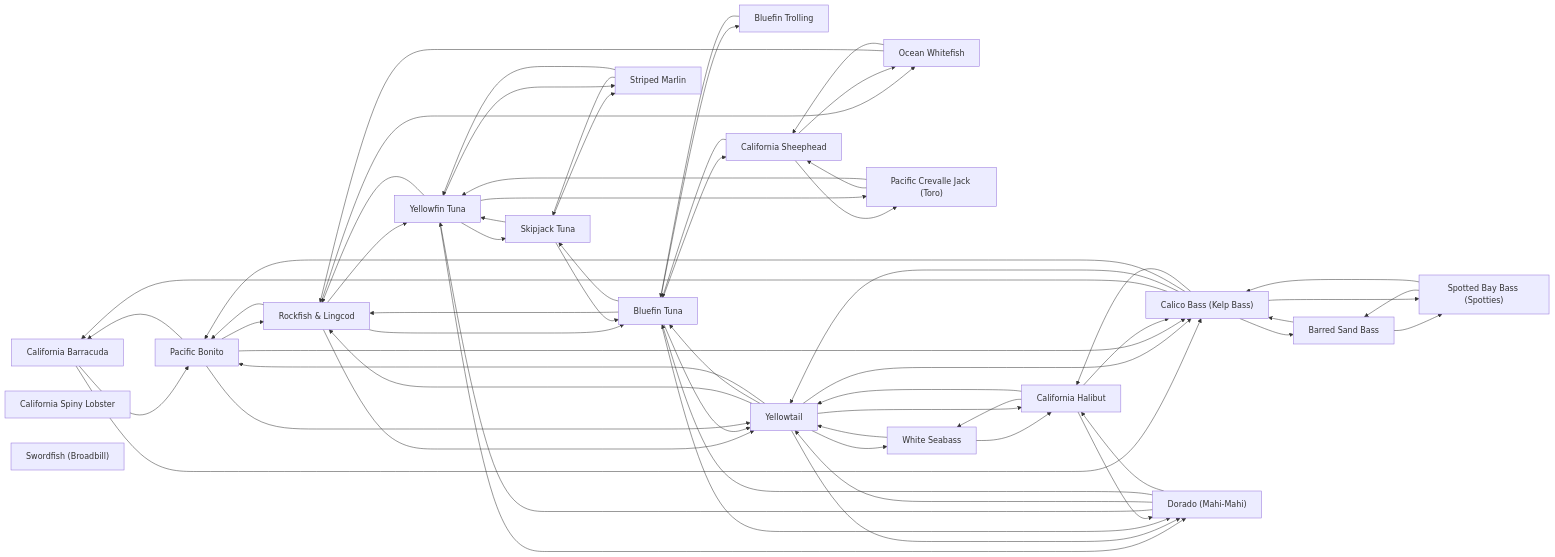
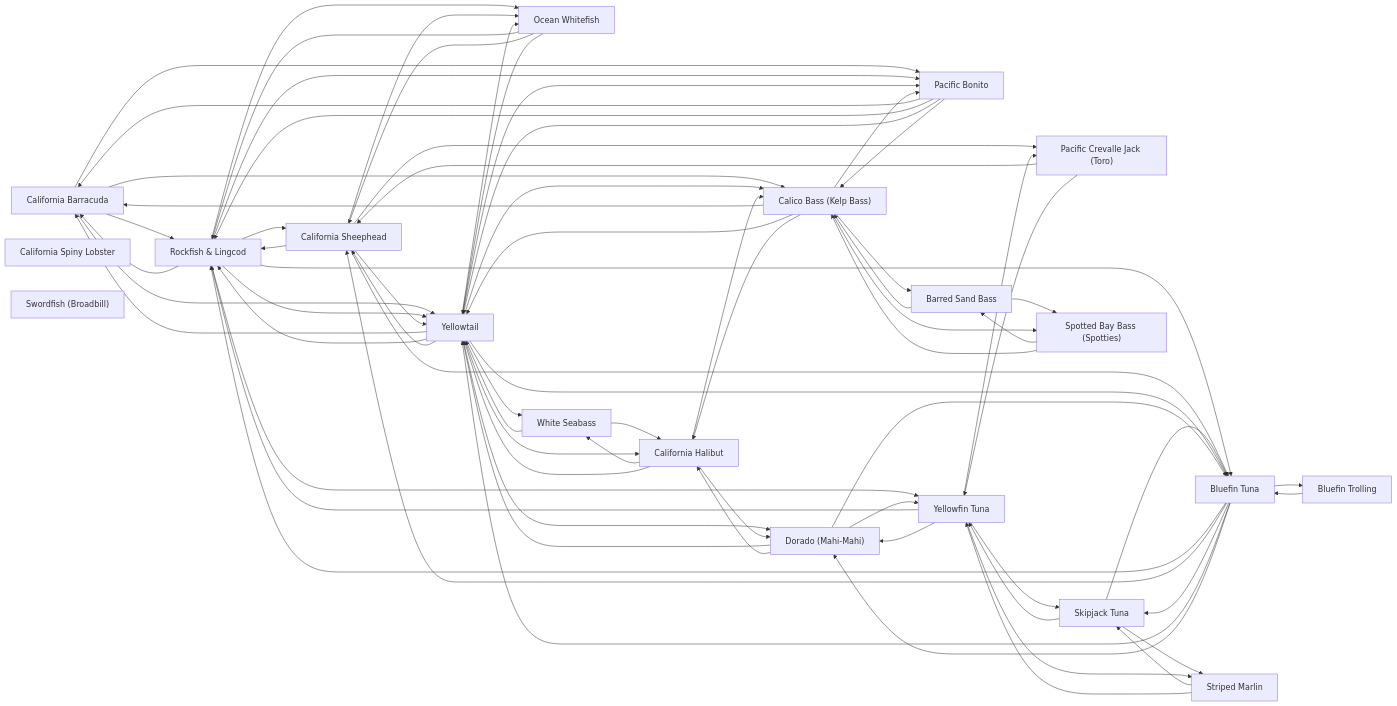
Before and after one commit to camchuckpete-max/Socal-Fishing-Knowledge: the diagram in species/README.md, drawn with Mermaid. The commit also changed 6 other files, not shown here.

````diff
--- a/species/README.md
+++ b/species/README.md
@@ -52,9 +52,13 @@
   n17["White Seabass"]
   n18["Yellowfin Tuna"]
   n19["Yellowtail"]
+  n0 --> n10
+  n0 --> n19
   n0 --> n3
   n0 --> n4
   n1 --> n2
+  n10 --> n0
+  n10 --> n12
   n10 --> n18
   n10 --> n19
   n10 --> n2
@@ -62,6 +66,8 @@
   n10 --> n8
   n11 --> n14
   n11 --> n4
+  n12 --> n10
+  n12 --> n19
   n12 --> n2
   n12 --> n8
   n12 --> n9
@@ -79,13 +85,16 @@
   n18 --> n15
   n18 --> n7
   n18 --> n9
+  n19 --> n0
   n19 --> n10
+  n19 --> n12
   n19 --> n17
   n19 --> n2
   n19 --> n3
   n19 --> n4
   n19 --> n5
   n19 --> n7
+  n19 --> n8
   n2 --> n1
   n2 --> n10
   n2 --> n12
@@ -112,6 +121,7 @@
   n7 --> n5
   n8 --> n10
   n8 --> n12
+  n8 --> n19
   n9 --> n12
   n9 --> n18
 ```
````
